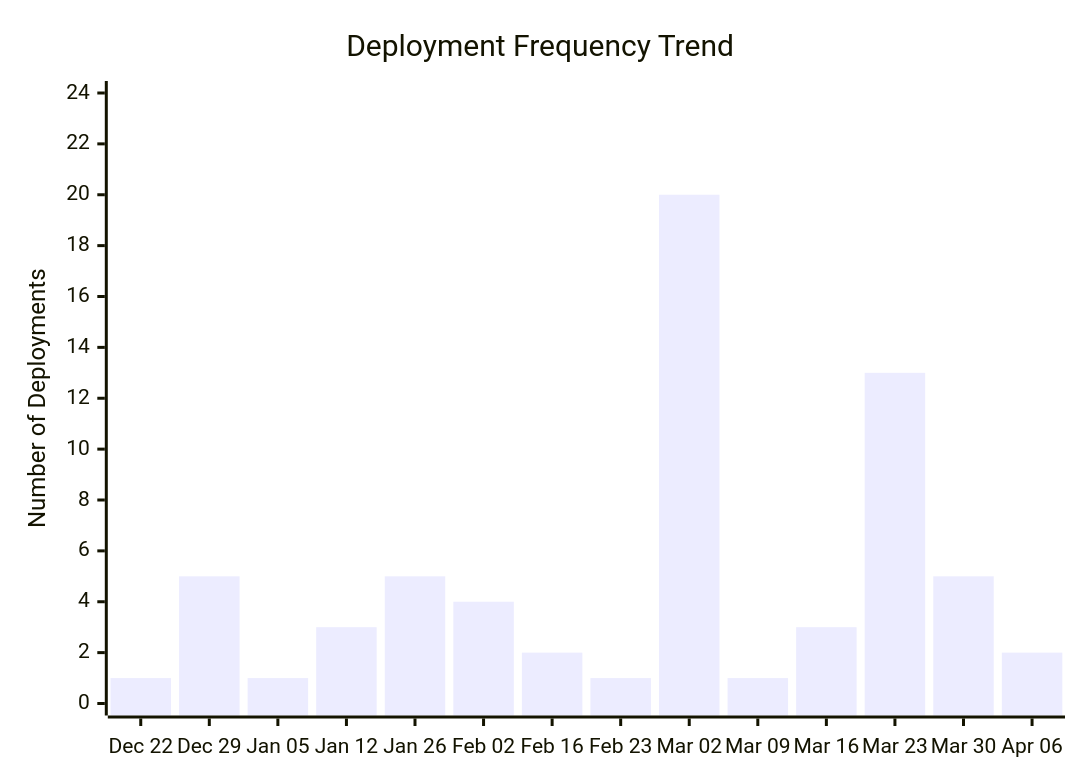
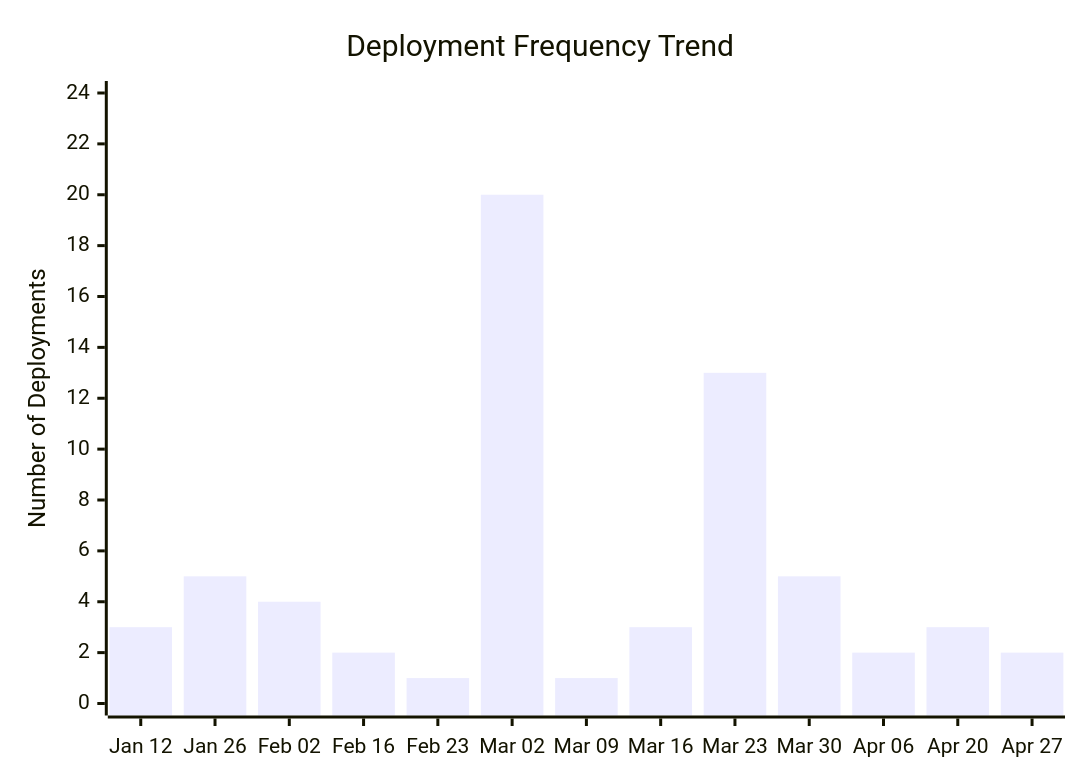
One commit to ukma-cs-ssdm-2025/rate-ukma changed the third of 4 diagrams in docs/ci-cd/dora-summary.md. Above: the diagram before and after it, drawn with Mermaid. The commit also changed other lines of this file, not shown here.

````diff
--- a/docs/ci-cd/dora-summary.md
+++ b/docs/ci-cd/dora-summary.md
@@ -56,7 +56,7 @@
 ```mermaid
 xychart-beta
     title "Deployment Frequency Trend"
-    x-axis ["Dec 22", "Dec 29", "Jan 05", "Jan 12", "Jan 26", "Feb 02", "Feb 16", "Feb 23", "Mar 02", "Mar 09", "Mar 16", "Mar 23", "Mar 30", "Apr 06"]
+    x-axis ["Jan 12", "Jan 26", "Feb 02", "Feb 16", "Feb 23", "Mar 02", "Mar 09", "Mar 16", "Mar 23", "Mar 30", "Apr 06", "Apr 20", "Apr 27"]
     y-axis "Number of Deployments" 0 --> 24
-    bar [1.00, 5.00, 1.00, 3.00, 5.00, 4.00, 2.00, 1.00, 20.00, 1.00, 3.00, 13.00, 5.00, 2.00]
+    bar [3.00, 5.00, 4.00, 2.00, 1.00, 20.00, 1.00, 3.00, 13.00, 5.00, 2.00, 3.00, 2.00]
 ```
````
